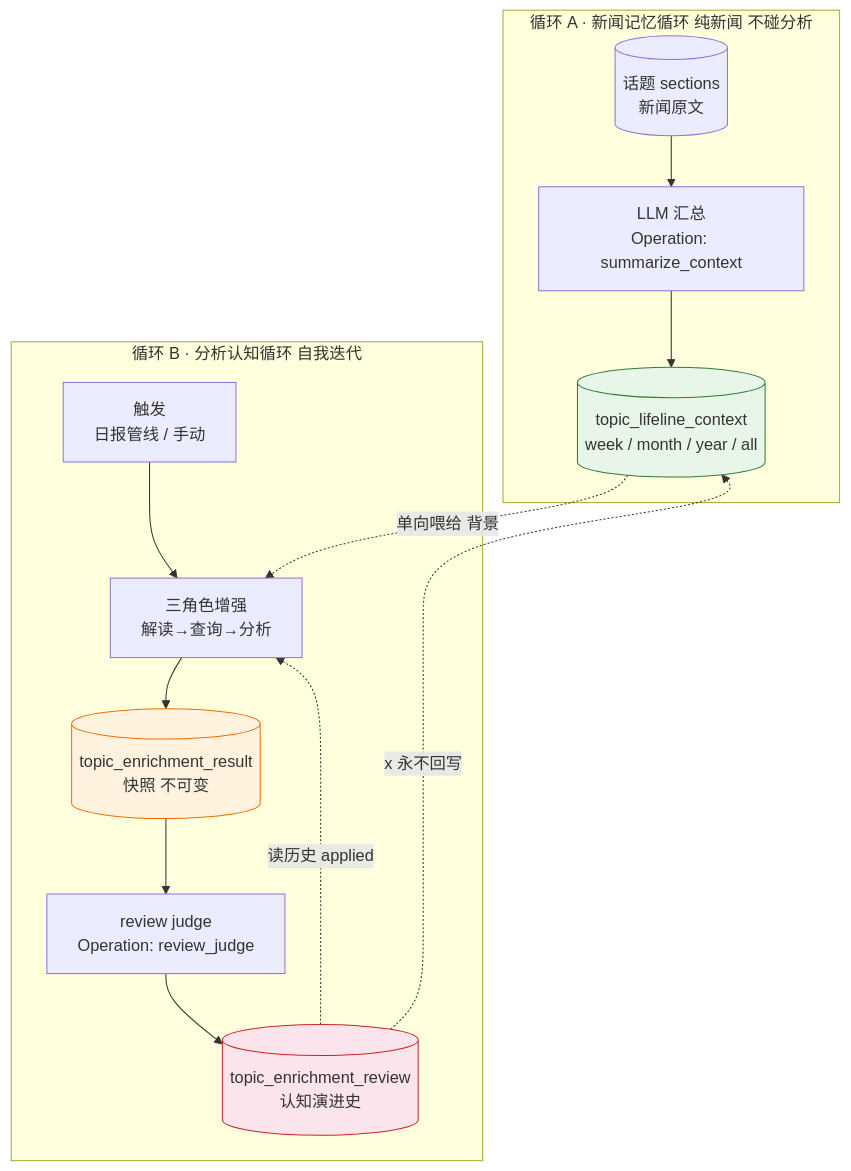
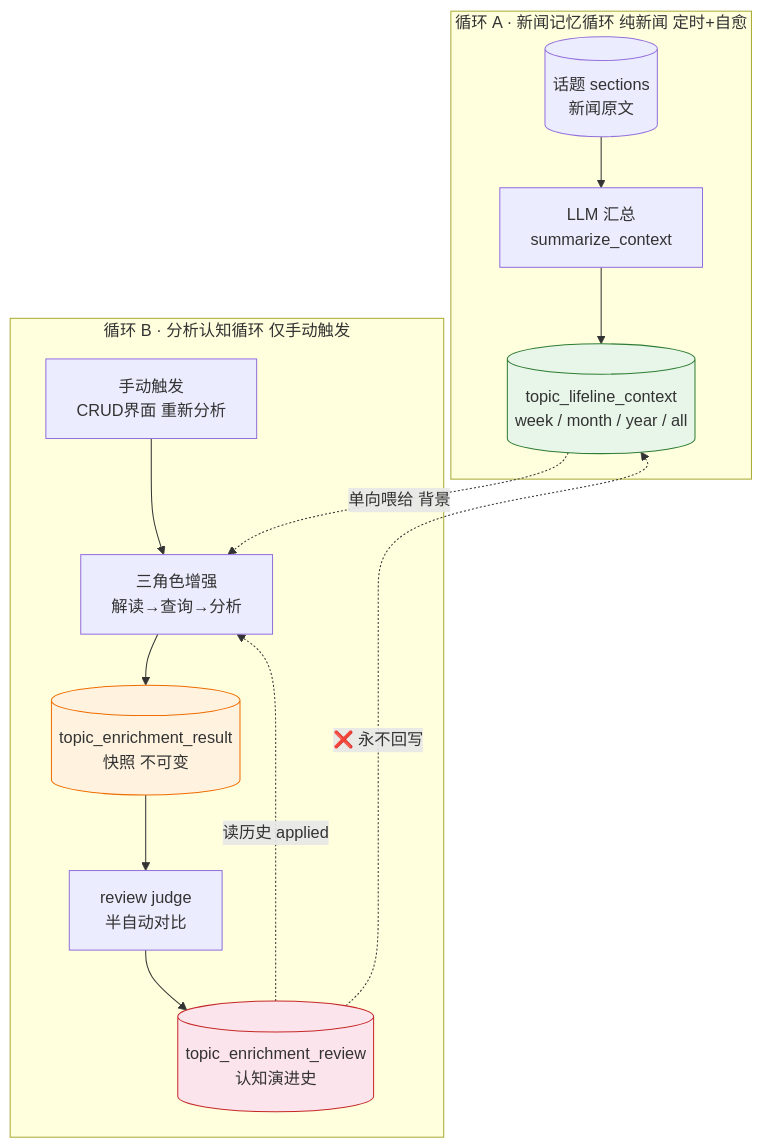
Before and after one commit to ZanebonoAlter/my-robot: the first of 6 diagrams in openspec/changes/data-enrichment-orchestration/overview.md, drawn with Mermaid. The commit also changed other lines of this file and 20 other files, not shown here.

````diff
--- a/openspec/changes/data-enrichment-orchestration/overview.md
+++ b/openspec/changes/data-enrichment-orchestration/overview.md
@@ -12,23 +12,23 @@
 ```mermaid
 flowchart TB
-    subgraph CycleA[循环 A · 新闻记忆循环 纯新闻 不碰分析]
-        A1[(话题 sections<br/>新闻原文)] --> A2[LLM 汇总<br/>Operation: summarize_context]
+    subgraph CycleA[循环 A · 新闻记忆循环 纯新闻 定时+自愈]
+        A1[(话题 sections<br/>新闻原文)] --> A2[LLM 汇总<br/>summarize_context]
         A2 --> T1[(topic_lifeline_context<br/>week / month / year / all)]
     end
 
-    subgraph CycleB[循环 B · 分析认知循环 自我迭代]
-        B0[触发<br/>日报管线 / 手动]
+    subgraph CycleB[循环 B · 分析认知循环 仅手动触发]
+        B0[手动触发<br/>CRUD界面 重新分析]
         B0 --> B1[三角色增强<br/>解读→查询→分析]
         B1 --> T2[(topic_enrichment_result<br/>快照 不可变)]
-        T2 --> B2[review judge<br/>Operation: review_judge]
+        T2 --> B2[review judge<br/>半自动对比]
         B2 --> T3[(topic_enrichment_review<br/>认知演进史)]
         T3 -. 读历史 applied .-> B1
     end
 
     T1 -. 单向喂给 背景 .-> B1
-    T3 -.x 永不回写 .-> T1
+    T3 -.->|❌ 永不回写| T1
 
     style T1 fill:#e8f5e9,stroke:#2e7d32
     style T2 fill:#fff3e0,stroke:#ef6c00
     style T3 fill:#fce4ec,stroke:#c62828
 ```
````
